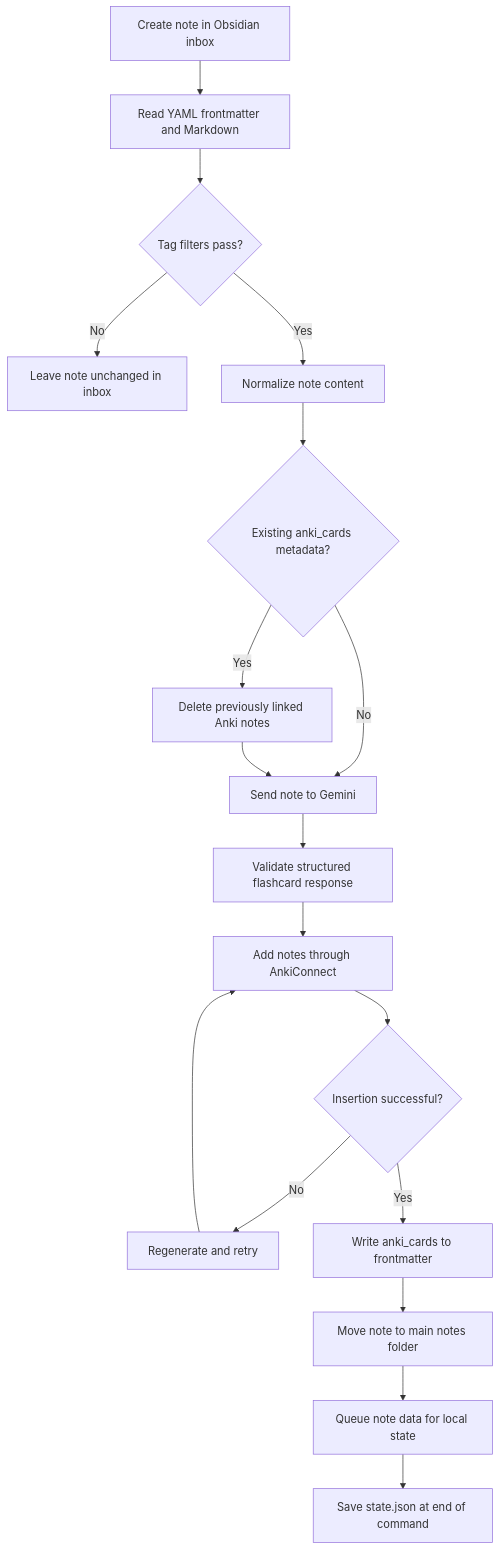
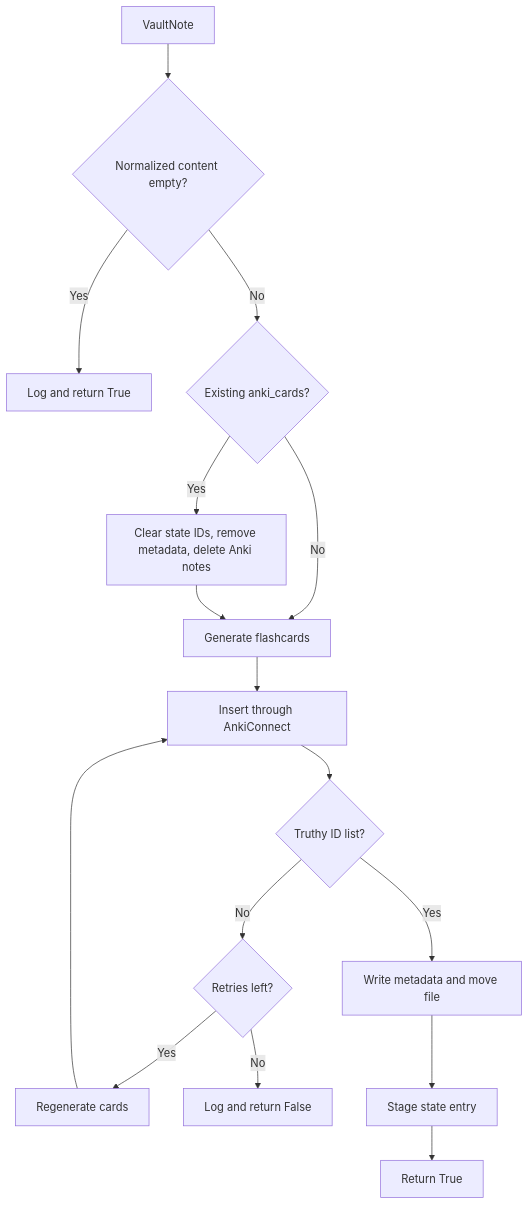
One commit to NikaMalakmadze/Obsidian2Anki changed the third of 4 diagrams in docs/workflow.md. Above: the diagram before and after it, drawn with Mermaid. The commit also changed other lines of this file and 6 other files, not shown here.

````diff
--- a/docs/workflow.md
+++ b/docs/workflow.md
@@ -42,20 +267,18 @@
 ```mermaid
 flowchart TD
-    A[Create note in Obsidian inbox] --> B[Read YAML frontmatter and Markdown]
-    B --> C{Tag filters pass?}
-    C -- No --> D[Leave note unchanged in inbox]
-    C -- Yes --> E[Normalize note content]
-    E --> F{Existing anki_cards metadata?}
-    F -- Yes --> G[Delete previously linked Anki notes]
-    F -- No --> H[Send note to Gemini]
-    G --> H
-    H --> I[Validate structured flashcard response]
-    I --> J[Add notes through AnkiConnect]
-    J --> K{Insertion successful?}
-    K -- No --> L[Regenerate and retry]
-    L --> J
-    K -- Yes --> M[Write anki_cards to frontmatter]
-    M --> N[Move note to main notes folder]
-    N --> O[Queue note data for local state]
-    O --> P[Save state.json at end of command]
+    A[VaultNote] --> B{Normalized content empty?}
+    B -- Yes --> C[Log and return True]
+    B -- No --> D{Existing anki_cards?}
+    D -- Yes --> E[Clear state IDs, remove metadata, delete Anki notes]
+    D -- No --> F[Generate flashcards]
+    E --> F
+    F --> G[Insert through AnkiConnect]
+    G --> H{Truthy ID list?}
+    H -- No --> I{Retries left?}
+    I -- Yes --> J[Regenerate cards]
+    J --> G
+    I -- No --> K[Log and return False]
+    H -- Yes --> L[Write metadata and move file]
+    L --> M[Stage state entry]
+    M --> N[Return True]
 ```
````
